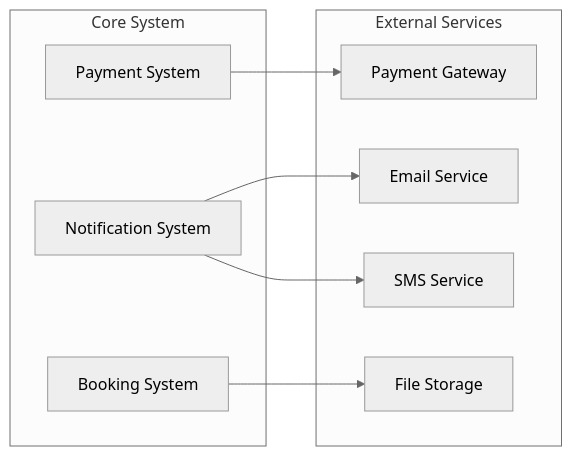
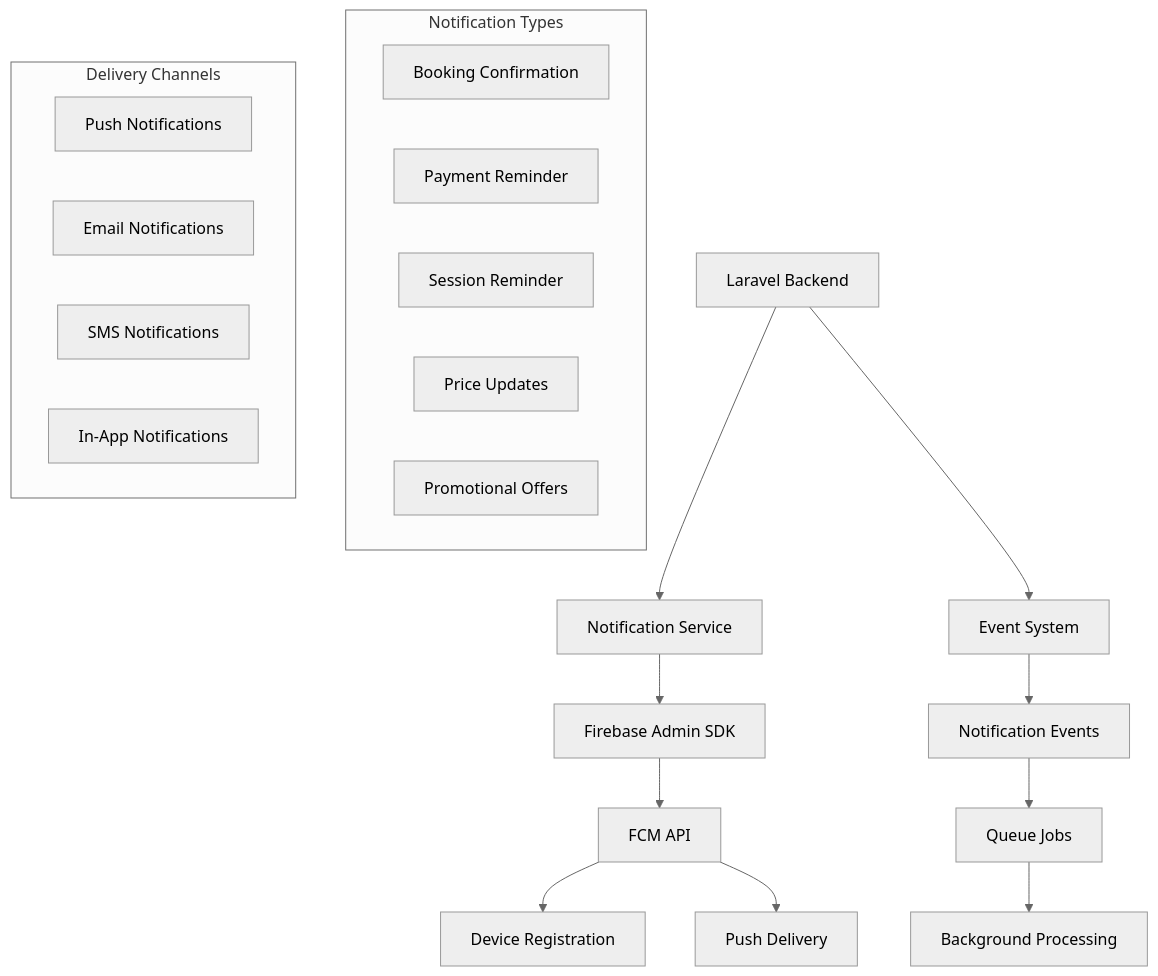
The fifth of 6 diagrams in Planing/04-arsitektur-sistem.md (BlackCoffeee/raujan_pool), drawn with Mermaid (neutral theme) before and after one commit. The commit also changed other lines of this file and 4 other files, not shown here.

Commit message:
Update system documentation to include Guest Booking System, Google SSO Integration, and Mobile-First Web Application features, enhancing the overall functionality and user experience for Raujan Pool Syariah management system.

````diff
--- a/Planing/04-arsitektur-sistem.md
+++ b/Planing/04-arsitektur-sistem.md
@@ -363,20 +355,28 @@
 ```mermaid
-graph LR
-    subgraph "Core System"
-        S1[Booking System]
-        S2[Payment System]
-        S3[Notification System]
+graph TD
+    A[Laravel Backend] --> B[Notification Service]
+    B --> C[Firebase Admin SDK]
+    C --> D[FCM API]
+    D --> E[Device Registration]
+    D --> F[Push Delivery]
+
+    A --> G[Event System]
+    G --> H[Notification Events]
+    H --> I[Queue Jobs]
+    I --> J[Background Processing]
+
+    subgraph "Notification Types"
+        NT1[Booking Confirmation]
+        NT2[Payment Reminder]
+        NT3[Session Reminder]
+        NT4[Price Updates]
+        NT5[Promotional Offers]
     end
 
-    subgraph "External Services"
-        E1[Payment Gateway]
-        E2[Email Service]
-        E3[SMS Service]
-        E4[File Storage]
+    subgraph "Delivery Channels"
+        DC1[Push Notifications]
+        DC2[Email Notifications]
+        DC3[SMS Notifications]
+        DC4[In-App Notifications]
     end
-
-    S1 --> E4
-    S2 --> E1
-    S3 --> E2
-    S3 --> E3
 ```
````
